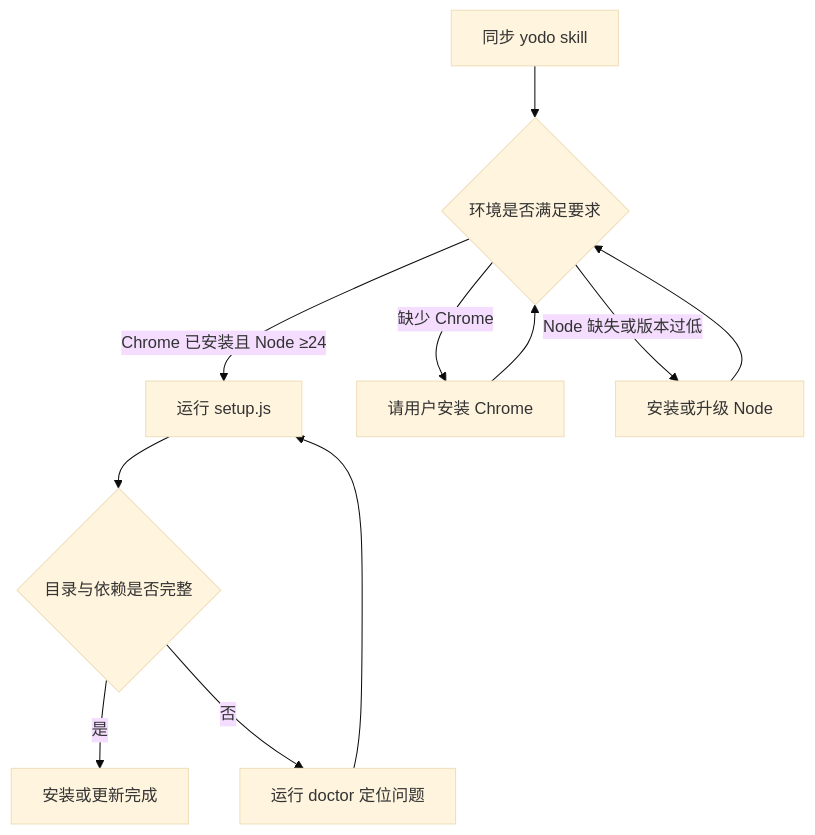
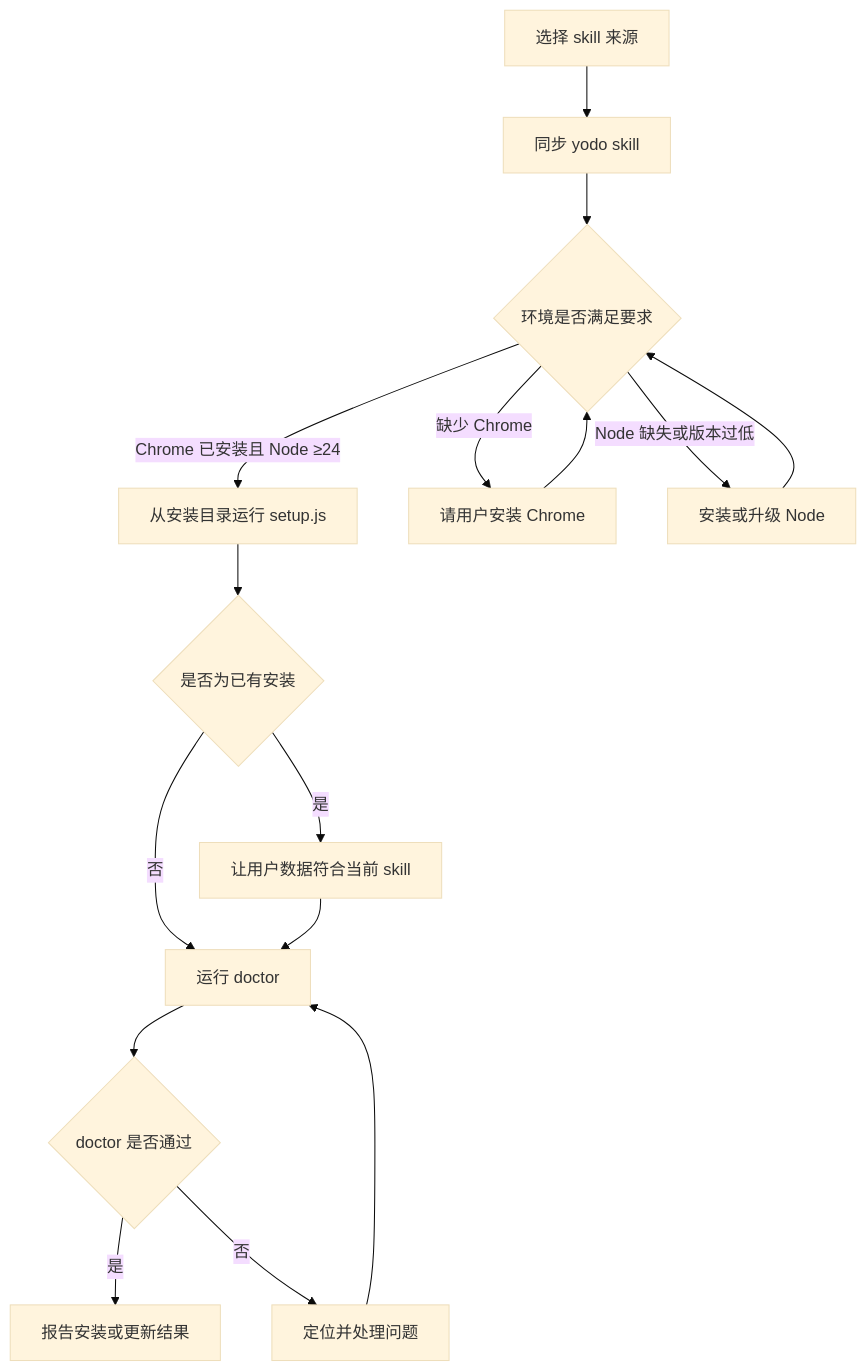
The diagram in skills/yodo/install.md (yanggggjie/yodo), drawn with Mermaid (base theme) before and after one commit. The commit also changed other lines of this file and 46 other files, not shown here.

````diff
--- a/skills/yodo/install.md
+++ b/skills/yodo/install.md
@@ -5,13 +8,18 @@
 ```mermaid
 flowchart TD
-  A[同步 yodo skill] --> B{环境是否满足要求}
-  B -->|Chrome 已安装且 Node ≥24| C[运行 setup.js]
-  B -->|缺少 Chrome| D[请用户安装 Chrome]
-  B -->|Node 缺失或版本过低| E[安装或升级 Node]
-  D --> B
-  E --> B
-  C --> F{目录与依赖是否完整}
-  F -->|是| G[安装或更新完成]
-  F -->|否| H[运行 doctor 定位问题]
-  H --> C
+  A[选择 skill 来源] --> B[同步 yodo skill]
+  B --> C{环境是否满足要求}
+  C -->|Chrome 已安装且 Node ≥24| D[从安装目录运行 setup.js]
+  C -->|缺少 Chrome| E[请用户安装 Chrome]
+  C -->|Node 缺失或版本过低| F[安装或升级 Node]
+  E --> C
+  F --> C
+  D --> G{是否为已有安装}
+  G -->|否| J[运行 doctor]
+  G -->|是| H[让用户数据符合当前 skill]
+  H --> J
+  J --> K{doctor 是否通过}
+  K -->|是| L[报告安装或更新结果]
+  K -->|否| M[定位并处理问题]
+  M --> J
 ```
````
